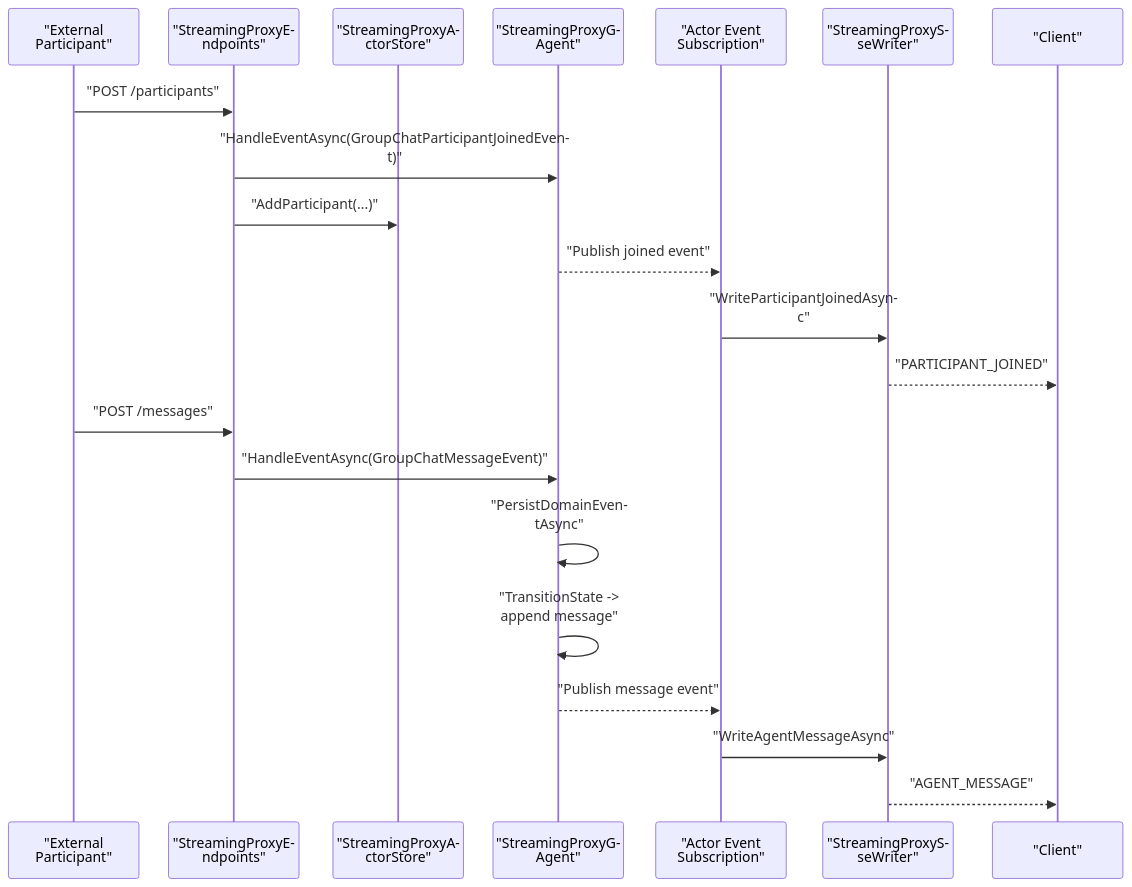
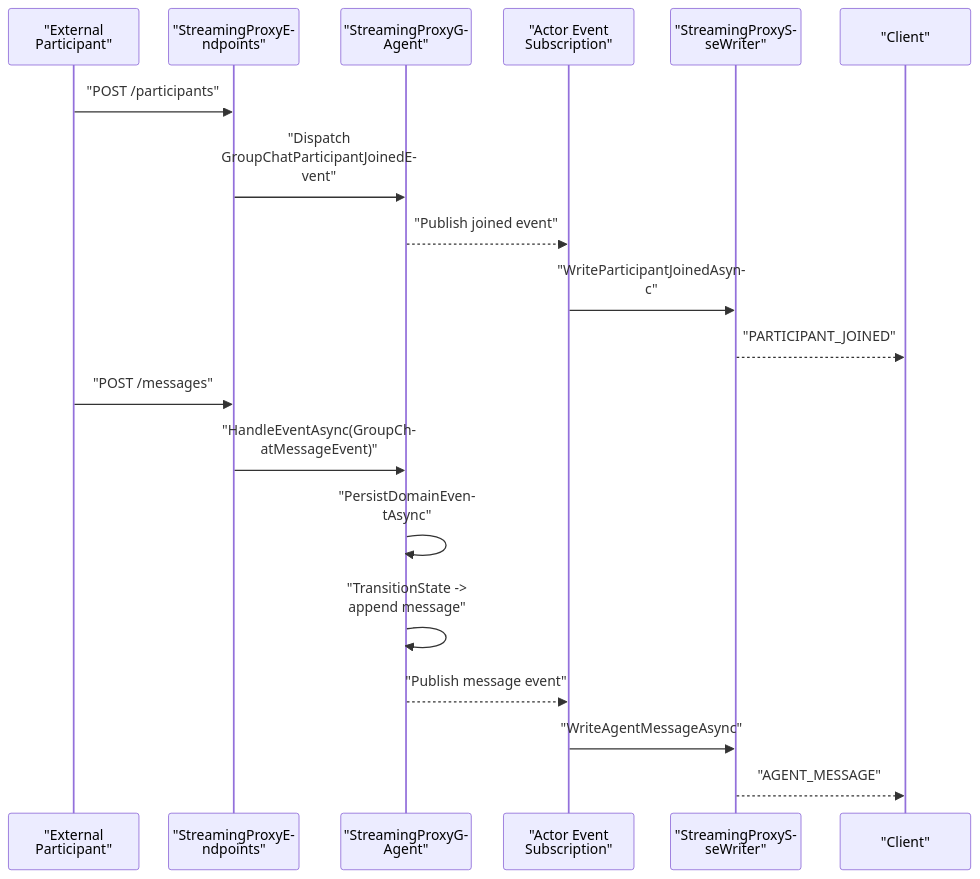
Before and after one commit to aevatarAI/aevatar: the fifth of 5 diagrams in docs/2026-04-02-streaming-proxy-flow.md, drawn with Mermaid. The commit also changed other lines of this file and 28 other files, not shown here.

First line of the commit message:
Issue #376: remove streaming proxy participant double writes

````diff
--- a/docs/2026-04-02-streaming-proxy-flow.md
+++ b/docs/2026-04-02-streaming-proxy-flow.md
@@ -242,26 +238,24 @@
 ```mermaid
 %%{init: {"maxTextSize": 100000, "flowchart": {"useMaxWidth": false, "nodeSpacing": 10, "rankSpacing": 50}, "themeVariables": {"fontSize": "10px"}, "sequence": {"useMaxWidth": false, "actorFontSize": 10, "messageFontSize": 10, "noteFontSize": 10, "actorMargin": 34, "messageMargin": 10, "diagramMarginX": 12, "diagramMarginY": 12, "wrap": true}}}%%
 sequenceDiagram
     participant EXT as "External Participant"
     participant API as "StreamingProxyEndpoints"
-    participant STORE as "StreamingProxyActorStore"
     participant ACT as "StreamingProxyGAgent"
     participant SUB as "Actor Event Subscription"
     participant SSE as "StreamingProxySseWriter"
     participant CL as "Client"
 
     EXT->>API: "POST /participants"
-    API->>ACT: "HandleEventAsync(GroupChatParticipantJoinedEvent)"
-    API->>STORE: "AddParticipant(...)"
+    API->>ACT: "Dispatch GroupChatParticipantJoinedEvent"
     ACT-->>SUB: "Publish joined event"
     SUB->>SSE: "WriteParticipantJoinedAsync"
     SSE-->>CL: "PARTICIPANT_JOINED"
 
     EXT->>API: "POST /messages"
     API->>ACT: "HandleEventAsync(GroupChatMessageEvent)"
     ACT->>ACT: "PersistDomainEventAsync"
     ACT->>ACT: "TransitionState -> append message"
     ACT-->>SUB: "Publish message event"
     SUB->>SSE: "WriteAgentMessageAsync"
     SSE-->>CL: "AGENT_MESSAGE"
 ```
````
